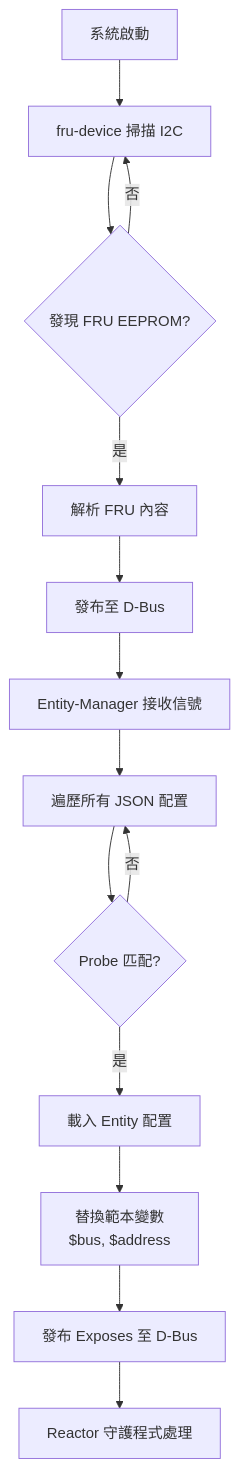
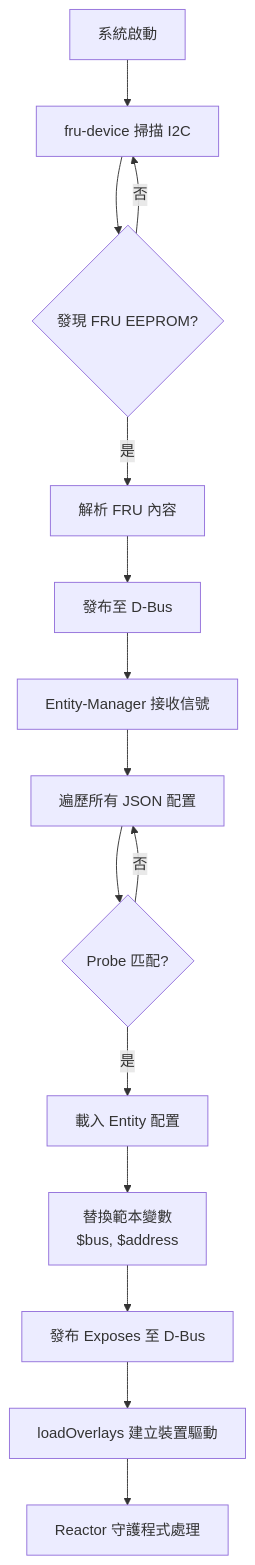
The second of 2 diagrams in entity-manager/Architecture.md (chilung-cgu/bmc-firmware-knowledge-base), drawn with Mermaid before and after one commit. The commit also changed other lines of this file and 12 other files, not shown here.

````diff
--- a/entity-manager/Architecture.md
+++ b/entity-manager/Architecture.md
@@ -138,16 +170,17 @@
 ```mermaid
 flowchart TD
     A[系統啟動] --> B[fru-device 掃描 I2C]
     B --> C{發現 FRU EEPROM?}
     C -->|是| D[解析 FRU 內容]
     C -->|否| B
     D --> E[發布至 D-Bus]
     E --> F[Entity-Manager 接收信號]
     F --> G[遍歷所有 JSON 配置]
     G --> H{Probe 匹配?}
     H -->|是| I[載入 Entity 配置]
     H -->|否| G
     I --> J[替換範本變數<br/>$bus, $address]
     J --> K[發布 Exposes 至 D-Bus]
-    K --> L[Reactor 守護程式處理]
+    K --> L[loadOverlays 建立裝置驅動]
+    L --> M[Reactor 守護程式處理]
 ```
````
